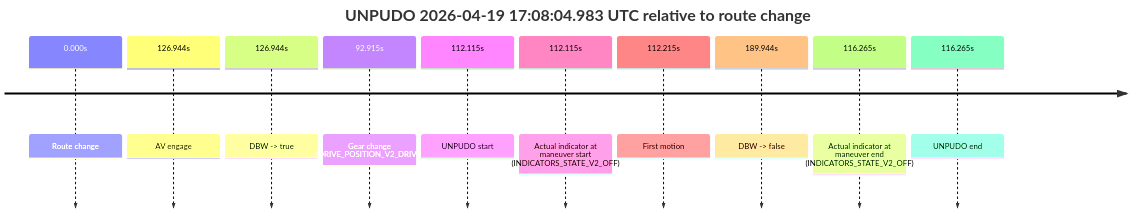
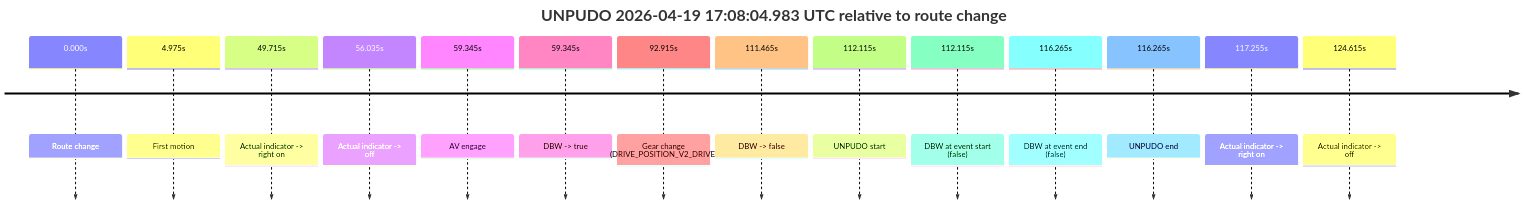
The fifth of 7 diagrams in model_analysis/report_cards/2026/04/Week-3/fme20009--2026-04-19--16-36-15--gen2-av-ef2257bf-51b3-421e-aac5-3d87c75ec773.md (yoelshapiro/vault), drawn with Mermaid before and after one commit. The commit also changed other lines of this file and 85 other files, not shown here.

````diff
--- a/model_analysis/report_cards/2026/04/Week-3/fme20009--2026-04-19--16-36-15--gen2-av-ef2257bf-51b3-421e-aac5-3d87c75ec773.md
+++ b/model_analysis/report_cards/2026/04/Week-3/fme20009--2026-04-19--16-36-15--gen2-av-ef2257bf-51b3-421e-aac5-3d87c75ec773.md
@@ -387,14 +407,18 @@
 ```mermaid
 timeline
     title UNPUDO 2026-04-19 17:08:04.983 UTC relative to route change
     0.000s : Route change
-    126.944s : AV engage
-    126.944s : DBW -> true
+    4.975s : First motion
+    49.715s : Actual indicator -> right on
+    56.035s : Actual indicator -> off
+    59.345s : AV engage
+    59.345s : DBW -> true
     92.915s : Gear change (DRIVE_POSITION_V2_DRIVE)
+    111.465s : DBW -> false
     112.115s : UNPUDO start
-    112.115s : Actual indicator at maneuver start (INDICATORS_STATE_V2_OFF)
-    112.215s : First motion
-    189.944s : DBW -> false
-    116.265s : Actual indicator at maneuver end (INDICATORS_STATE_V2_OFF)
+    112.115s : DBW at event start (false)
+    116.265s : DBW at event end (false)
     116.265s : UNPUDO end
+    117.255s : Actual indicator -> right on
+    124.615s : Actual indicator -> off
 ```
````
